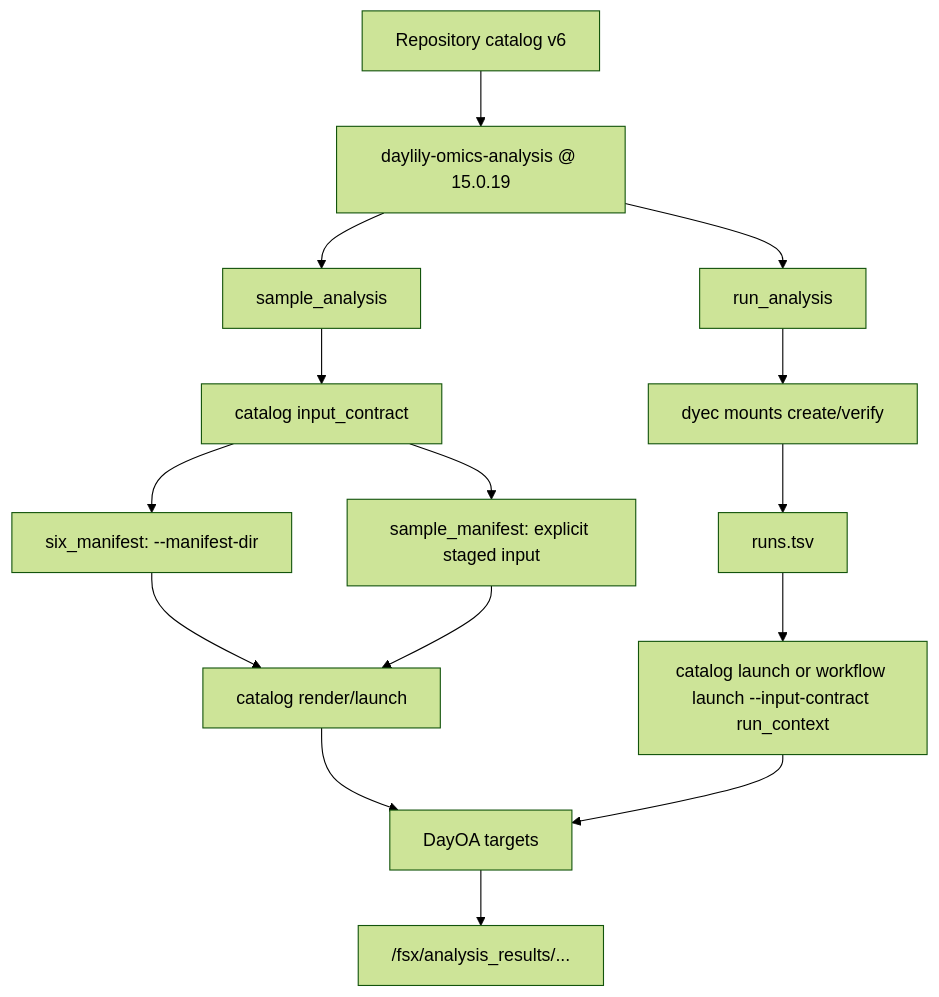
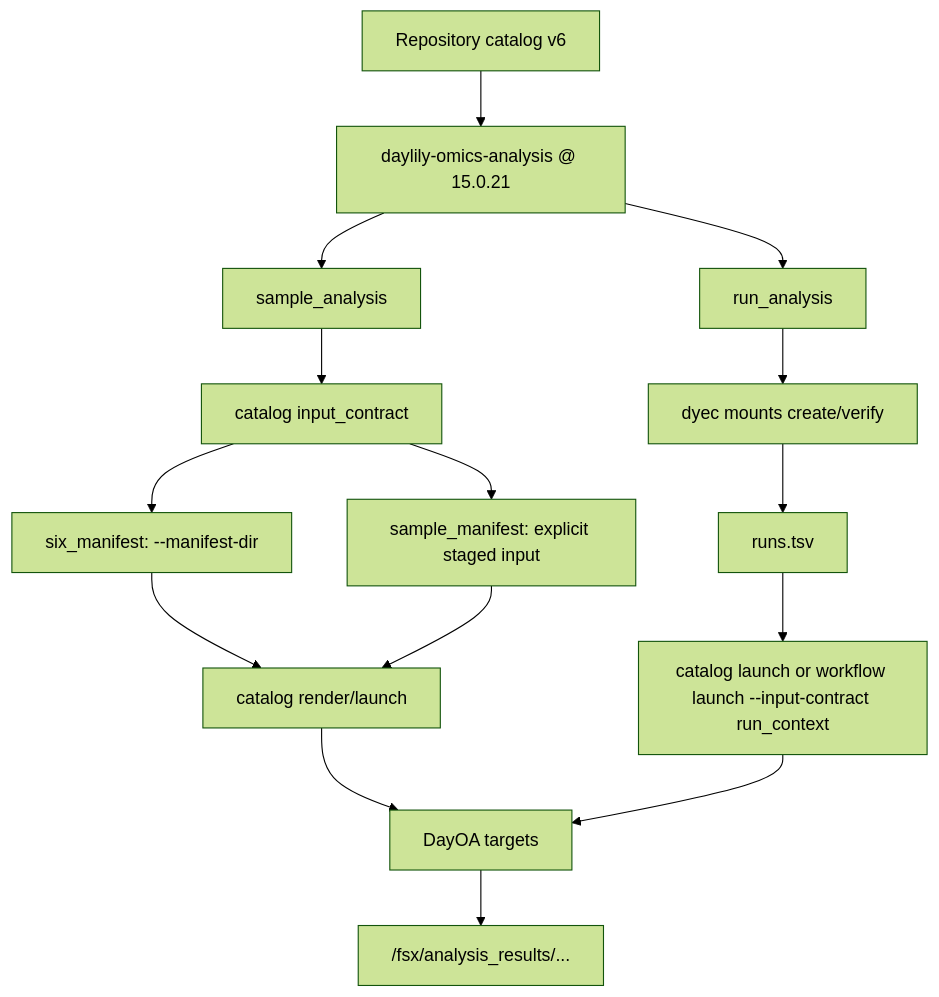
One commit to Daylily-Informatics/daylily-ephemeral-cluster changed the third of 3 diagrams in docs/dra_fsx_strategy.md. Above: the diagram before and after it, drawn with Mermaid (forest theme). The commit also changed other lines of this file and 24 other files, not shown here.

````diff
--- a/docs/dra_fsx_strategy.md
+++ b/docs/dra_fsx_strategy.md
@@ -110,20 +110,20 @@
 ```mermaid
 flowchart TB
-  Catalog["Repository catalog v6"] --> Repo["daylily-omics-analysis @ 15.0.19"]
+  Catalog["Repository catalog v6"] --> Repo["daylily-omics-analysis @ 15.0.21"]
   Repo --> Sample["sample_analysis"]
   Repo --> Run["run_analysis"]
 
   Sample --> Contract["catalog input_contract"]
   Contract --> Six["six_manifest: --manifest-dir"]
   Contract --> Legacy["sample_manifest: explicit staged input"]
   Six --> LaunchA["catalog render/launch"]
   Legacy --> LaunchA
 
   Run --> Mount["dyec mounts create/verify"]
   Mount --> Runs["runs.tsv"]
   Runs --> LaunchB["catalog launch or workflow launch --input-contract run_context"]
 
   LaunchA --> DayOA["DayOA targets"]
   LaunchB --> DayOA
   DayOA --> Results["/fsx/analysis_results/..."]
 ```
````
